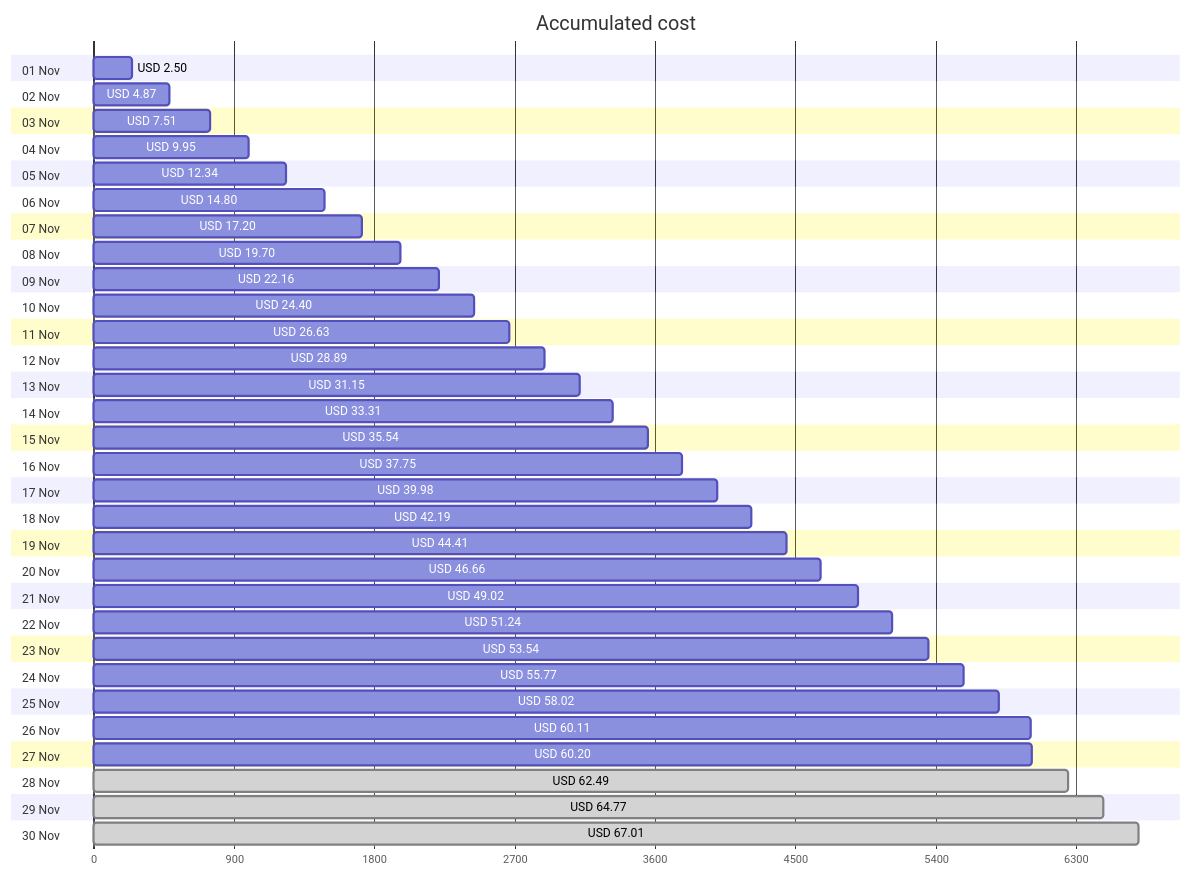
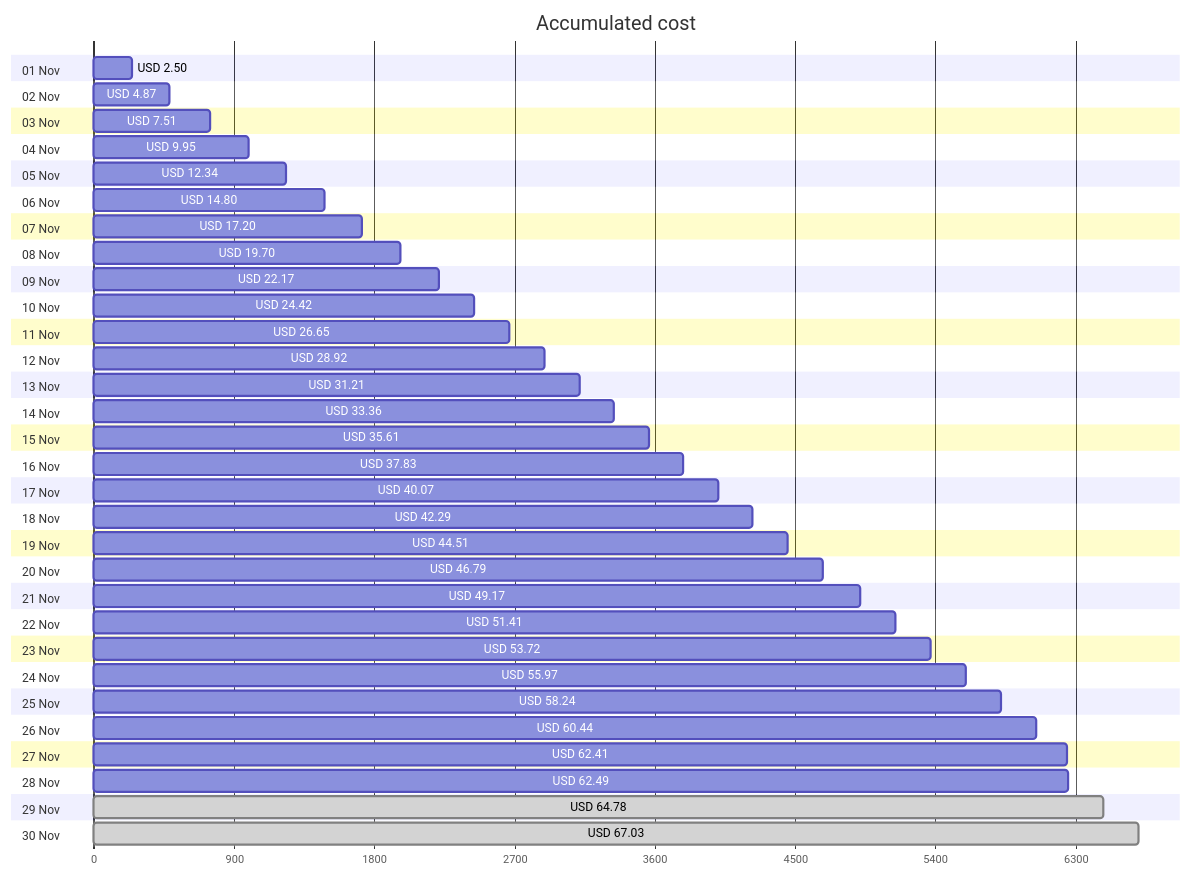
One commit to jpfulton/azure-personal-reports changed the first of 4 diagrams in cost-reports/accumulated-cost.md. Above: the diagram before and after it, drawn with Mermaid. The commit also changed other lines of this file and 4 other files, not shown here.

````diff
--- a/cost-reports/accumulated-cost.md
+++ b/cost-reports/accumulated-cost.md
@@ -20,66 +20,66 @@
 ```mermaid
 gantt
    title Accumulated cost
    dateFormat  X
    axisFormat %s
    section 01 Nov
    USD 2.50 :0, 250
    section 02 Nov
    USD 4.87 :0, 487
    section 03 Nov
    USD 7.51 :0, 751
    section 04 Nov
    USD 9.95 :0, 995
    section 05 Nov
    USD 12.34 :0, 1234
    section 06 Nov
    USD 14.80 :0, 1480
    section 07 Nov
    USD 17.20 :0, 1720
    section 08 Nov
    USD 19.70 :0, 1970
    section 09 Nov
-   USD 22.16 :0, 2216
+   USD 22.17 :0, 2217
    section 10 Nov
-   USD 24.40 :0, 2440
+   USD 24.42 :0, 2442
    section 11 Nov
-   USD 26.63 :0, 2663
+   USD 26.65 :0, 2665
    section 12 Nov
-   USD 28.89 :0, 2889
+   USD 28.92 :0, 2892
    section 13 Nov
-   USD 31.15 :0, 3115
+   USD 31.21 :0, 3121
    section 14 Nov
-   USD 33.31 :0, 3331
+   USD 33.36 :0, 3336
    section 15 Nov
-   USD 35.54 :0, 3554
+   USD 35.61 :0, 3561
    section 16 Nov
-   USD 37.75 :0, 3775
+   USD 37.83 :0, 3783
    section 17 Nov
-   USD 39.98 :0, 3998
+   USD 40.07 :0, 4007
    section 18 Nov
-   USD 42.19 :0, 4219
+   USD 42.29 :0, 4229
    section 19 Nov
-   USD 44.41 :0, 4441
+   USD 44.51 :0, 4451
    section 20 Nov
-   USD 46.66 :0, 4666
+   USD 46.79 :0, 4679
    section 21 Nov
-   USD 49.02 :0, 4902
+   USD 49.17 :0, 4917
    section 22 Nov
-   USD 51.24 :0, 5124
+   USD 51.41 :0, 5141
    section 23 Nov
-   USD 53.54 :0, 5354
+   USD 53.72 :0, 5372
    section 24 Nov
-   USD 55.77 :0, 5577
+   USD 55.97 :0, 5597
    section 25 Nov
-   USD 58.02 :0, 5802
+   USD 58.24 :0, 5824
    section 26 Nov
-   USD 60.11 :0, 6011
+   USD 60.44 :0, 6044
    section 27 Nov
-   USD 60.20 :0, 6020
+   USD 62.41 :0, 6241
    section 28 Nov
-   USD 62.49 : done, 0, 6249
+   USD 62.49 :0, 6249
    section 29 Nov
-   USD 64.77 : done, 0, 6477
+   USD 64.78 : done, 0, 6478
    section 30 Nov
-   USD 67.01 : done, 0, 6701
+   USD 67.03 : done, 0, 6703
 ```
````
